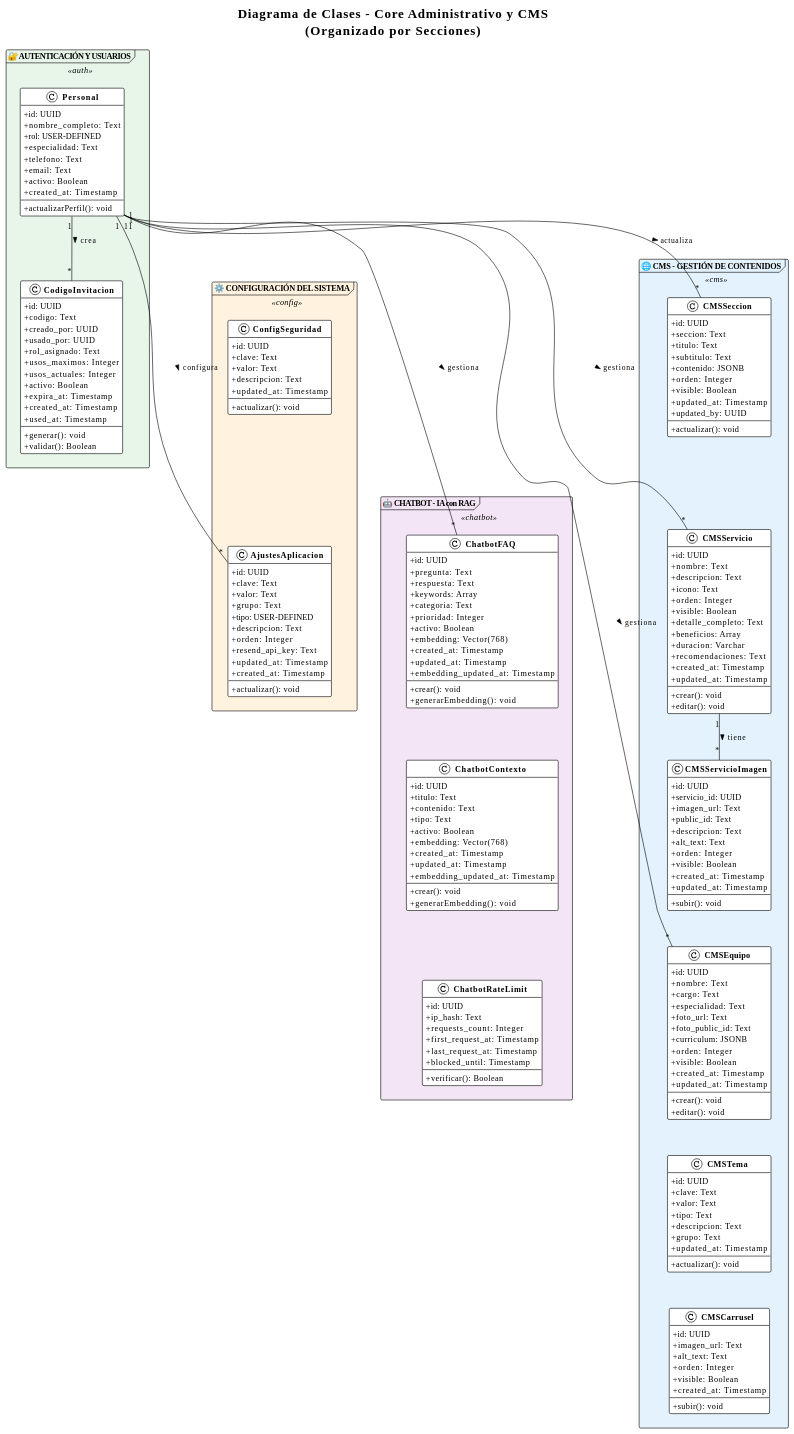
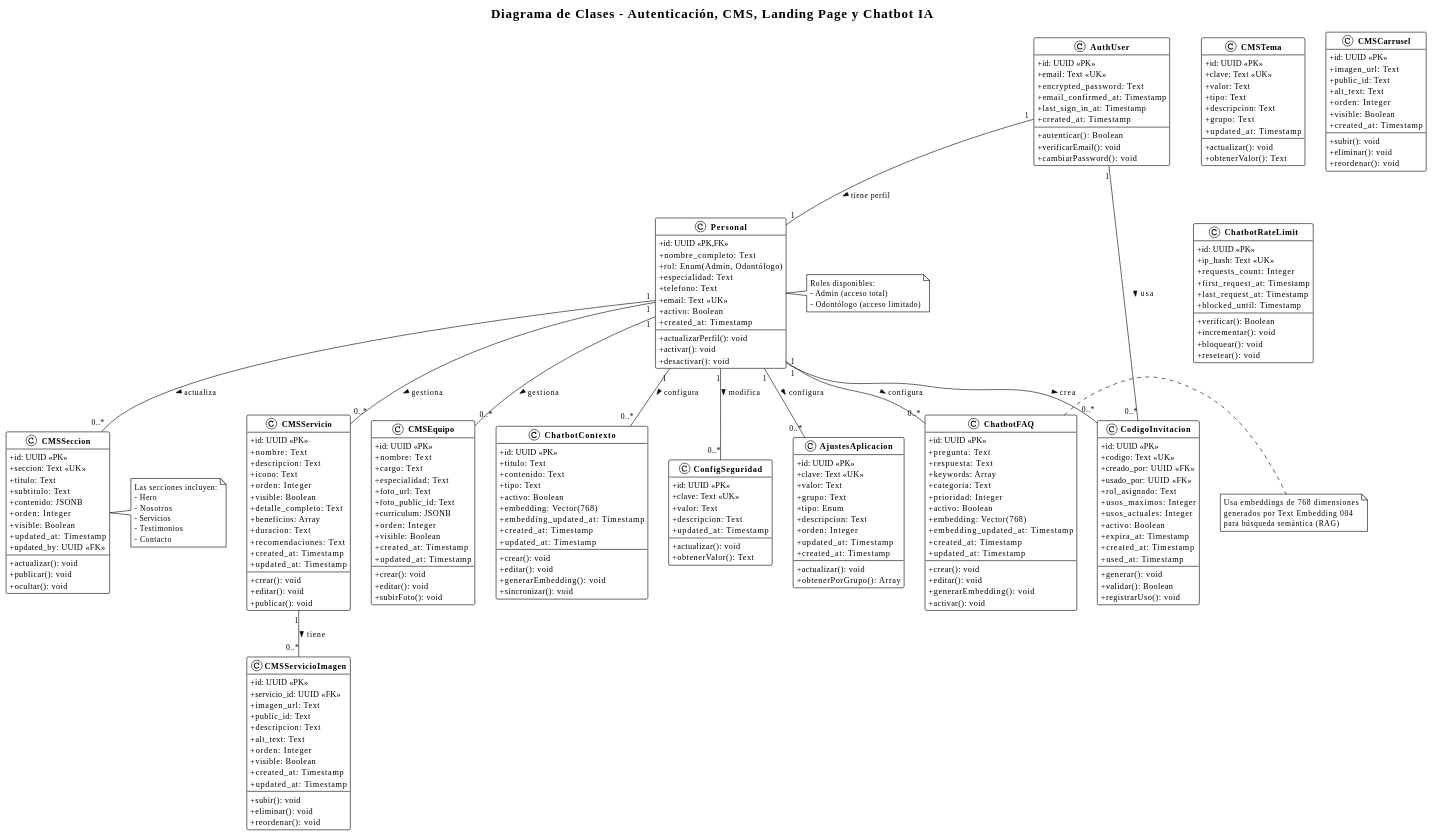
One commit to RDaniloMM/dental-company changed the fourth of 14 diagrams in DIAGRAMAS_UML.md. Above: the diagram before and after it, drawn with PlantUML. The commit also changed other lines of this file and 6 other files, not shown here.

First line of the commit message:
Refactor API and Admin Pages

````diff
--- a/DIAGRAMAS_UML.md
+++ b/DIAGRAMAS_UML.md
@@ -223,248 +334,301 @@
 ```plantuml
-@startuml Diagrama_Clases_Core
+@startuml Diagrama_Clases_Auth_CMS_Chatbot
 !theme plain
 skinparam classAttributeIconSize 0
 skinparam classFontStyle bold
-skinparam packageStyle frame
-skinparam package {
-    BackgroundColor<<auth>> #E8F5E9
-    BackgroundColor<<config>> #FFF3E0
-    BackgroundColor<<cms>> #E3F2FD
-    BackgroundColor<<chatbot>> #F3E5F5
+
+title Diagrama de Clases - Autenticación, CMS, Landing Page y Chatbot IA
+
+' ============================================
+' MÓDULO: AUTENTICACIÓN Y USUARIOS
+' ============================================
+
+class AuthUser {
+  +id: UUID <<PK>>
+  +email: Text <<UK>>
+  +encrypted_password: Text
+  +email_confirmed_at: Timestamp
+  +last_sign_in_at: Timestamp
+  +created_at: Timestamp
+  --
+  +autenticar(): Boolean
+  +verificarEmail(): void
+  +cambiarPassword(): void
 }
 
-title Diagrama de Clases - Core Administrativo y CMS\n(Organizado por Secciones)
-
-' ========================================
-' COLUMNA IZQUIERDA
-' ========================================
-package "🔐 AUTENTICACIÓN Y USUARIOS" <<auth>> {
-    class Personal {
-        +id: UUID
-        +nombre_completo: Text
-        +rol: USER-DEFINED
-        +especialidad: Text
-        +telefono: Text
-        +email: Text
-        +activo: Boolean
-        +created_at: Timestamp
-        --
-        +actualizarPerfil(): void
-    }
-
-    class CodigoInvitacion {
-        +id: UUID
-        +codigo: Text
-        +creado_por: UUID
-        +usado_por: UUID
-        +rol_asignado: Text
-        +usos_maximos: Integer
-        +usos_actuales: Integer
-        +activo: Boolean
-        +expira_at: Timestamp
-        +created_at: Timestamp
-        +used_at: Timestamp
-        --
-        +generar(): void
-        +validar(): Boolean
-    }
-
-    Personal -[hidden]down- CodigoInvitacion
+class Personal {
+  +id: UUID <<PK,FK>>
+  +nombre_completo: Text
+  +rol: Enum(Admin, Odontólogo)
+  +especialidad: Text
+  +telefono: Text
+  +email: Text <<UK>>
+  +activo: Boolean
+  +created_at: Timestamp
+  --
+  +actualizarPerfil(): void
+  +activar(): void
+  +desactivar(): void
 }
 
-package "⚙️ CONFIGURACIÓN DEL SISTEMA" <<config>> {
-    class ConfigSeguridad {
-        +id: UUID
-        +clave: Text
-        +valor: Text
-        +descripcion: Text
-        +updated_at: Timestamp
-        --
-        +actualizar(): void
-    }
-
-    class AjustesAplicacion {
-        +id: UUID
-        +clave: Text
-        +valor: Text
-        +grupo: Text
-        +tipo: USER-DEFINED
-        +descripcion: Text
-        +orden: Integer
-        +resend_api_key: Text
-        +updated_at: Timestamp
-        +created_at: Timestamp
-        --
-        +actualizar(): void
-    }
-
-    ConfigSeguridad -[hidden]down- AjustesAplicacion
+class CodigoInvitacion {
+  +id: UUID <<PK>>
+  +codigo: Text <<UK>>
+  +creado_por: UUID <<FK>>
+  +usado_por: UUID <<FK>>
+  +rol_asignado: Text
+  +usos_maximos: Integer
+  +usos_actuales: Integer
+  +activo: Boolean
+  +expira_at: Timestamp
+  +created_at: Timestamp
+  +used_at: Timestamp
+  --
+  +generar(): void
+  +validar(): Boolean
+  +registrarUso(): void
 }
 
-package "🤖 CHATBOT - IA con RAG" <<chatbot>> {
-    class ChatbotFAQ {
-        +id: UUID
-        +pregunta: Text
-        +respuesta: Text
-        +keywords: Array
-        +categoria: Text
-        +prioridad: Integer
-        +activo: Boolean
-        +embedding: Vector(768)
-        +created_at: Timestamp
-        +updated_at: Timestamp
-        +embedding_updated_at: Timestamp
-        --
-        +crear(): void
-        +generarEmbedding(): void
-    }
+' ============================================
+' MÓDULO: CMS - GESTIÓN DE CONTENIDOS
+' ============================================
 
-    class ChatbotContexto {
-        +id: UUID
-        +titulo: Text
-        +contenido: Text
-        +tipo: Text
-        +activo: Boolean
-        +embedding: Vector(768)
-        +created_at: Timestamp
-        +updated_at: Timestamp
-        +embedding_updated_at: Timestamp
-        --
-        +crear(): void
-        +generarEmbedding(): void
-    }
-
-    class ChatbotRateLimit {
-        +id: UUID
-        +ip_hash: Text
-        +requests_count: Integer
-        +first_request_at: Timestamp
-        +last_request_at: Timestamp
-        +blocked_until: Timestamp
-        --
-        +verificar(): Boolean
-    }
-
-    ChatbotFAQ -[hidden]down- ChatbotContexto
-    ChatbotContexto -[hidden]down- ChatbotRateLimit
+class CMSSeccion {
+  +id: UUID <<PK>>
+  +seccion: Text <<UK>>
+  +titulo: Text
+  +subtitulo: Text
+  +contenido: JSONB
+  +orden: Integer
+  +visible: Boolean
+  +updated_at: Timestamp
+  +updated_by: UUID <<FK>>
+  --
+  +actualizar(): void
+  +publicar(): void
+  +ocultar(): void
 }
 
-' ========================================
-' COLUMNA DERECHA: CMS
-' ========================================
-package "🌐 CMS - GESTIÓN DE CONTENIDOS" <<cms>> {
-    class CMSSeccion {
-        +id: UUID
-        +seccion: Text
-        +titulo: Text
-        +subtitulo: Text
-        +contenido: JSONB
-        +orden: Integer
-        +visible: Boolean
-        +updated_at: Timestamp
-        +updated_by: UUID
-        --
-        +actualizar(): void
-    }
-
-    class CMSServicio {
-        +id: UUID
-        +nombre: Text
-        +descripcion: Text
-        +icono: Text
-        +orden: Integer
-        +visible: Boolean
-        +detalle_completo: Text
-        +beneficios: Array
-        +duracion: Varchar
-        +recomendaciones: Text
-        +created_at: Timestamp
-        +updated_at: Timestamp
-        --
-        +crear(): void
-        +editar(): void
-    }
-
-    class CMSServicioImagen {
-        +id: UUID
-        +servicio_id: UUID
-        +imagen_url: Text
-        +public_id: Text
-        +descripcion: Text
-        +alt_text: Text
-        +orden: Integer
-        +visible: Boolean
-        +created_at: Timestamp
-        +updated_at: Timestamp
-        --
-        +subir(): void
-    }
-
-    class CMSEquipo {
-        +id: UUID
-        +nombre: Text
-        +cargo: Text
-        +especialidad: Text
-        +foto_url: Text
-        +foto_public_id: Text
-        +curriculum: JSONB
-        +orden: Integer
-        +visible: Boolean
-        +created_at: Timestamp
-        +updated_at: Timestamp
-        --
-        +crear(): void
-        +editar(): void
-    }
-
-    class CMSTema {
-        +id: UUID
-        +clave: Text
-        +valor: Text
-        +tipo: Text
-        +descripcion: Text
-        +grupo: Text
-        +updated_at: Timestamp
-        --
-        +actualizar(): void
-    }
-
-    class CMSCarrusel {
-        +id: UUID
-        +imagen_url: Text
-        +alt_text: Text
-        +orden: Integer
-        +visible: Boolean
-        +created_at: Timestamp
-        --
-        +subir(): void
-    }
-
-    CMSSeccion -[hidden]down- CMSServicio
-    CMSServicio -[hidden]down- CMSServicioImagen
-    CMSServicioImagen -[hidden]down- CMSEquipo
-    CMSEquipo -[hidden]down- CMSTema
-    CMSTema -[hidden]down- CMSCarrusel
+class CMSServicio {
+  +id: UUID <<PK>>
+  +nombre: Text
+  +descripcion: Text
+  +icono: Text
+  +orden: Integer
+  +visible: Boolean
+  +detalle_completo: Text
+  +beneficios: Array
+  +duracion: Text
+  +recomendaciones: Text
+  +created_at: Timestamp
+  +updated_at: Timestamp
+  --
+  +crear(): void
+  +editar(): void
+  +publicar(): void
 }
 
-' ========================================
-' LAYOUT: Forzar columnas
-' ========================================
-"🔐 AUTENTICACIÓN Y USUARIOS" -[hidden]right- "🌐 CMS - GESTIÓN DE CONTENIDOS"
-"🔐 AUTENTICACIÓN Y USUARIOS" -[hidden]down- "⚙️ CONFIGURACIÓN DEL SISTEMA"
-"⚙️ CONFIGURACIÓN DEL SISTEMA" -[hidden]down- "🤖 CHATBOT - IA con RAG"
+class CMSServicioImagen {
+  +id: UUID <<PK>>
+  +servicio_id: UUID <<FK>>
+  +imagen_url: Text
+  +public_id: Text
+  +descripcion: Text
+  +alt_text: Text
+  +orden: Integer
+  +visible: Boolean
+  +created_at: Timestamp
+  +updated_at: Timestamp
+  --
+  +subir(): void
+  +eliminar(): void
+  +reordenar(): void
+}
 
-' ========================================
-' RELACIONES ENTRE SECCIONES
-' ========================================
-Personal "1" -- "*" CodigoInvitacion : crea >
-Personal "1" -- "*" CMSSeccion : actualiza >
-Personal "1" -- "*" CMSServicio : gestiona >
-Personal "1" -- "*" CMSEquipo : gestiona >
-Personal "1" -- "*" ChatbotFAQ : gestiona >
-Personal "1" -- "*" AjustesAplicacion : configura >
+class CMSEquipo {
+  +id: UUID <<PK>>
+  +nombre: Text
+  +cargo: Text
+  +especialidad: Text
+  +foto_url: Text
+  +foto_public_id: Text
+  +curriculum: JSONB
+  +orden: Integer
+  +visible: Boolean
+  +created_at: Timestamp
+  +updated_at: Timestamp
+  --
+  +crear(): void
+  +editar(): void
+  +subirFoto(): void
+}
 
-CMSServicio "1" -- "*" CMSServicioImagen : tiene >
+class CMSTema {
+  +id: UUID <<PK>>
+  +clave: Text <<UK>>
+  +valor: Text
+  +tipo: Text
+  +descripcion: Text
+  +grupo: Text
+  +updated_at: Timestamp
+  --
+  +actualizar(): void
+  +obtenerValor(): Text
+}
+
+class CMSCarrusel {
+  +id: UUID <<PK>>
+  +imagen_url: Text
+  +public_id: Text
+  +alt_text: Text
+  +orden: Integer
+  +visible: Boolean
+  +created_at: Timestamp
+  --
+  +subir(): void
+  +eliminar(): void
+  +reordenar(): void
+}
+
+' ============================================
+' MÓDULO: CHATBOT IA CON RAG
+' ============================================
+
+class ChatbotFAQ {
+  +id: UUID <<PK>>
+  +pregunta: Text
+  +respuesta: Text
+  +keywords: Array
+  +categoria: Text
+  +prioridad: Integer
+  +activo: Boolean
+  +embedding: Vector(768)
+  +embedding_updated_at: Timestamp
+  +created_at: Timestamp
+  +updated_at: Timestamp
+  --
+  +crear(): void
+  +editar(): void
+  +generarEmbedding(): void
+  +activar(): void
+}
+
+class ChatbotContexto {
+  +id: UUID <<PK>>
+  +titulo: Text
+  +contenido: Text
+  +tipo: Text
+  +activo: Boolean
+  +embedding: Vector(768)
+  +embedding_updated_at: Timestamp
+  +created_at: Timestamp
+  +updated_at: Timestamp
+  --
+  +crear(): void
+  +editar(): void
+  +generarEmbedding(): void
+  +sincronizar(): void
+}
+
+class ChatbotRateLimit {
+  +id: UUID <<PK>>
+  +ip_hash: Text <<UK>>
+  +requests_count: Integer
+  +first_request_at: Timestamp
+  +last_request_at: Timestamp
+  +blocked_until: Timestamp
+  --
+  +verificar(): Boolean
+  +incrementar(): void
+  +bloquear(): void
+  +resetear(): void
+}
+
+' ============================================
+' MÓDULO: CONFIGURACIÓN DEL SISTEMA
+' ============================================
+
+class ConfigSeguridad {
+  +id: UUID <<PK>>
+  +clave: Text <<UK>>
+  +valor: Text
+  +descripcion: Text
+  +updated_at: Timestamp
+  --
+  +actualizar(): void
+  +obtenerValor(): Text
+}
+
+class AjustesAplicacion {
+  +id: UUID <<PK>>
+  +clave: Text <<UK>>
+  +valor: Text
+  +grupo: Text
+  +tipo: Enum
+  +descripcion: Text
+  +orden: Integer
+  +updated_at: Timestamp
+  +created_at: Timestamp
+  --
+  +actualizar(): void
+  +obtenerPorGrupo(): Array
+}
+
+' ============================================
+' RELACIONES - AUTENTICACIÓN
+' ============================================
+
+AuthUser "1" -- "1" Personal : tiene perfil >
+Personal "1" -- "0..*" CodigoInvitacion : crea >
+AuthUser "1" -- "0..*" CodigoInvitacion : usa >
+
+' ============================================
+' RELACIONES - CMS
+' ============================================
+
+Personal "1" -- "0..*" CMSSeccion : actualiza >
+Personal "1" -- "0..*" CMSServicio : gestiona >
+Personal "1" -- "0..*" CMSEquipo : gestiona >
+CMSServicio "1" -- "0..*" CMSServicioImagen : tiene >
+
+' ============================================
+' RELACIONES - CHATBOT
+' ============================================
+
+Personal "1" -- "0..*" ChatbotFAQ : configura >
+Personal "1" -- "0..*" ChatbotContexto : configura >
+
+' ============================================
+' RELACIONES - CONFIGURACIÓN
+' ============================================
+
+Personal "1" -- "0..*" ConfigSeguridad : modifica >
+Personal "1" -- "0..*" AjustesAplicacion : configura >
+
+' ============================================
+' NOTAS EXPLICATIVAS
+' ============================================
+
+note right of ChatbotFAQ
+  Usa embeddings de 768 dimensiones
+  generados por Text Embedding 004
+  para búsqueda semántica (RAG)
+end note
+
+note right of CMSSeccion
+  Las secciones incluyen:
+  - Hero
+  - Nosotros
+  - Servicios
+  - Testimonios
+  - Contacto
+end note
+
+note right of Personal
+  Roles disponibles:
+  - Admin (acceso total)
+  - Odontólogo (acceso limitado)
+end note
 
 @enduml
 ```
````
